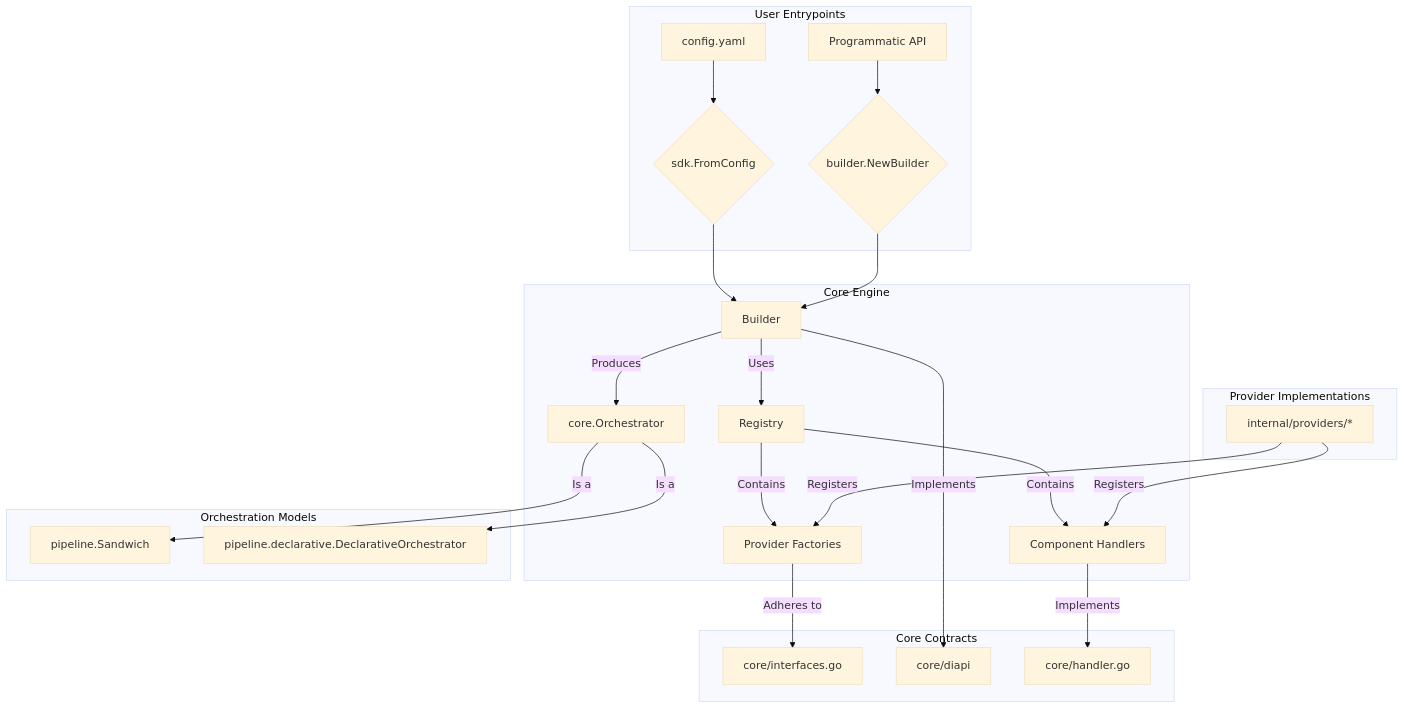
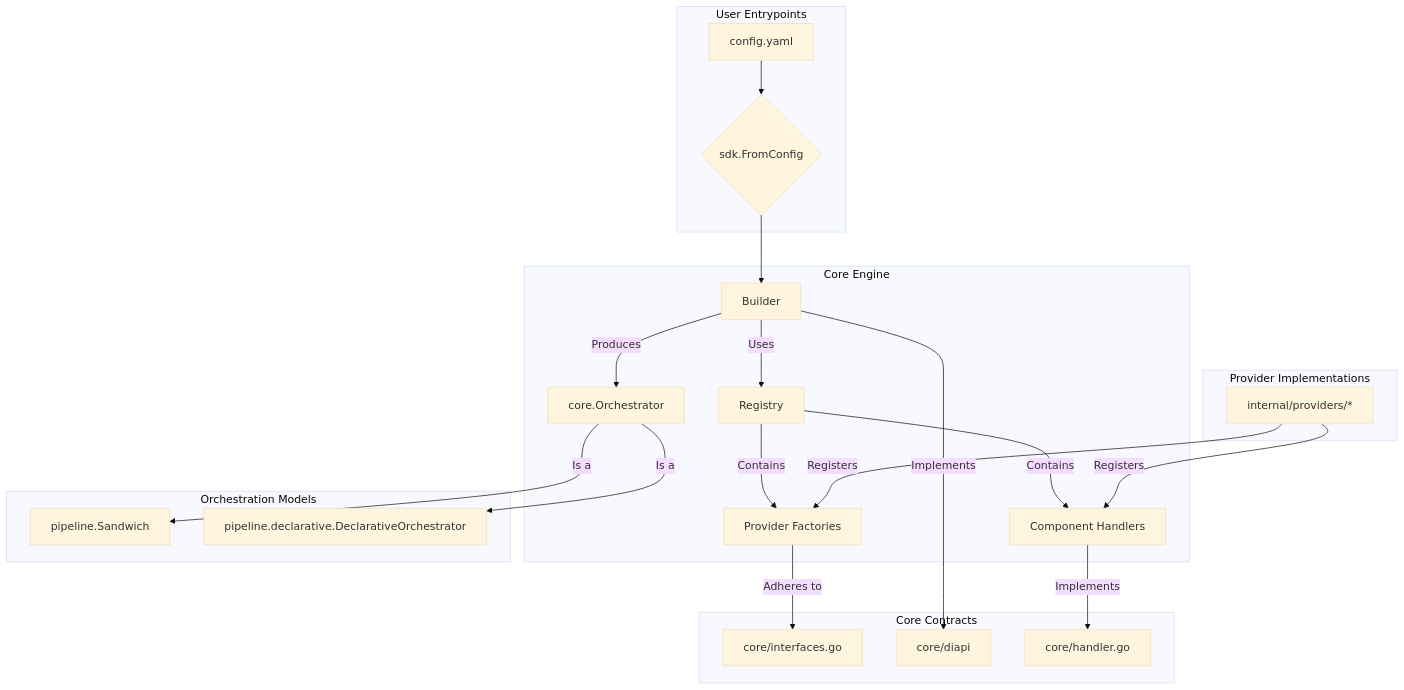
The diagram in docs/CONTEXT.md (duynguyendang/manglekit), drawn with Mermaid (base theme) before and after one commit. The commit also changed 13 other files, not shown here.

First line of the commit message:
fix(core): Resolve Final Architecture GAPs (ADR-1 & ADR-14) and Stabilize Core

````diff
--- a/docs/CONTEXT.md
+++ b/docs/CONTEXT.md
@@ -17,38 +17,36 @@
 ```mermaid
 graph TD
     subgraph "User Entrypoints"
         A[config.yaml] --> C{sdk.FromConfig}
-        B[Programmatic API] --> D{builder.NewBuilder}
     end
 
     subgraph "Core Engine"
         C --> E[Builder]
-        D --> E
         E -- Uses --> F[Registry]
         F -- Contains --> G[Component Handlers]
         F -- Contains --> H[Provider Factories]
         E -- Produces --> I[core.Orchestrator]
     end
 
     subgraph "Provider Implementations"
         J[internal/providers/*] -- Registers --> G
         J -- Registers --> H
     end
 
     subgraph "Orchestration Models"
         K[pipeline.Sandwich]
         L[pipeline.declarative.DeclarativeOrchestrator]
         I -- Is a --> K
         I -- Is a --> L
     end
 
     subgraph "Core Contracts"
         M[core/interfaces.go]
         N[core/diapi]
         O[core/handler.go]
     end
 
     E -- Implements --> N
     G -- Implements --> O
     H -- Adheres to --> M
 ```
````
